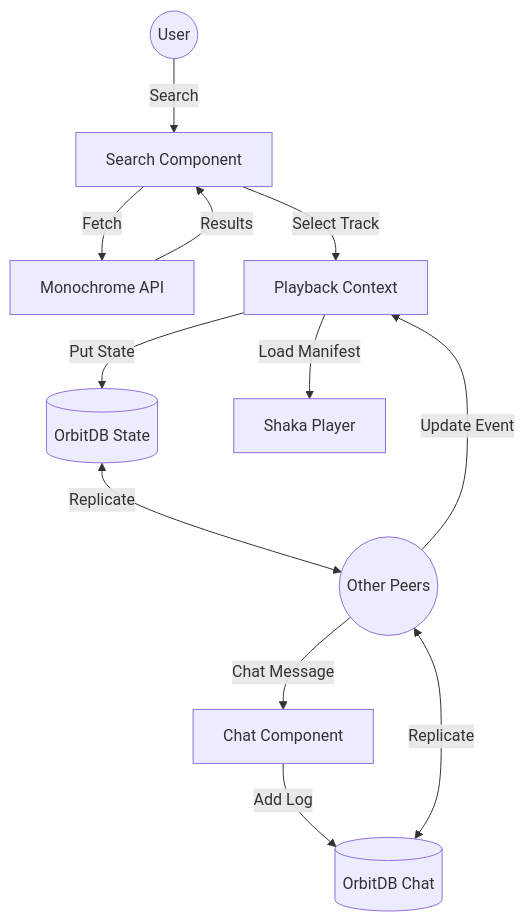
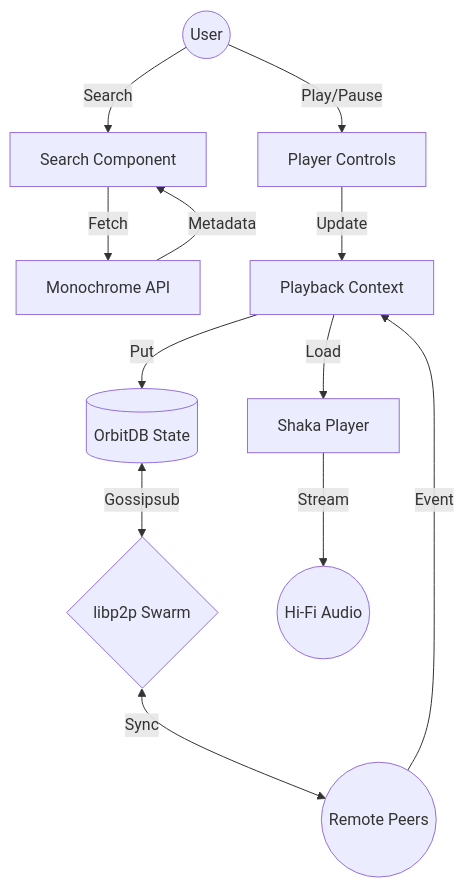
The diagram in .artifacts/964cb6c8-b6eb-4980-a8ea-1a54bf718ddd/architecture.artifact.md (TheGandabherunda/bloom), drawn with Mermaid before and after one commit. The commit also changed other lines of this file and 17 other files, not shown here.

````diff
--- a/.artifacts/964cb6c8-b6eb-4980-a8ea-1a54bf718ddd/architecture.artifact.md
+++ b/.artifacts/964cb6c8-b6eb-4980-a8ea-1a54bf718ddd/architecture.artifact.md
@@ -43,17 +39,17 @@
 ```mermaid
 graph TD
     User((User)) -->|Search| SearchUI[Search Component]
     SearchUI -->|Fetch| MonoAPI[Monochrome API]
-    MonoAPI -->|Results| SearchUI
-    SearchUI -->|Select Track| PlaybackCtx[Playback Context]
+    MonoAPI -->|Metadata| SearchUI
 
-    PlaybackCtx -->|Put State| OrbitStateDB[(OrbitDB State)]
-    PlaybackCtx -->|Load Manifest| Shaka[Shaka Player]
+    User -->|Play/Pause| Controls[Player Controls]
+    Controls -->|Update| PlaybackCtx[Playback Context]
+    PlaybackCtx -->|Put| OrbitStateDB[(OrbitDB State)]
 
-    OrbitStateDB <-->|Replicate| Peers((Other Peers))
-    OrbitChatDB[(OrbitDB Chat)] <-->|Replicate| Peers
+    OrbitStateDB <-->|Gossipsub| Swarm{libp2p Swarm}
+    Swarm <-->|Sync| Peers((Remote Peers))
 
-    Peers -->|Update Event| PlaybackCtx
-    Peers -->|Chat Message| ChatUI[Chat Component]
-    ChatUI -->|Add Log| OrbitChatDB
+    Peers -->|Event| PlaybackCtx
+    PlaybackCtx -->|Load| Shaka[Shaka Player]
+    Shaka -->|Stream| Audio((Hi-Fi Audio))
 ```
````
